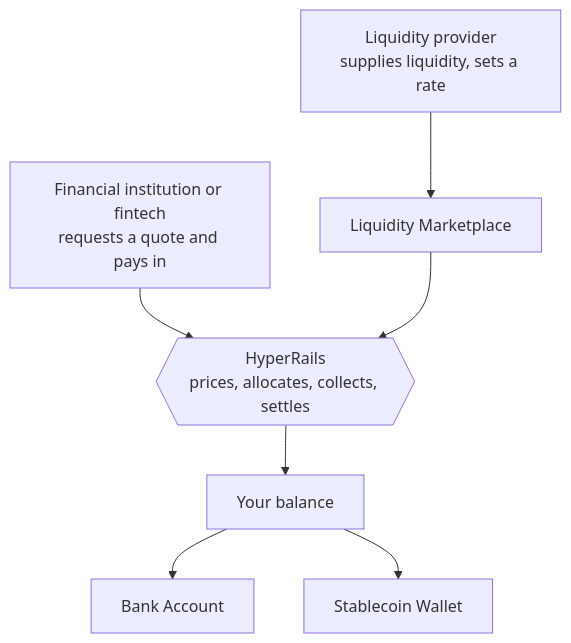
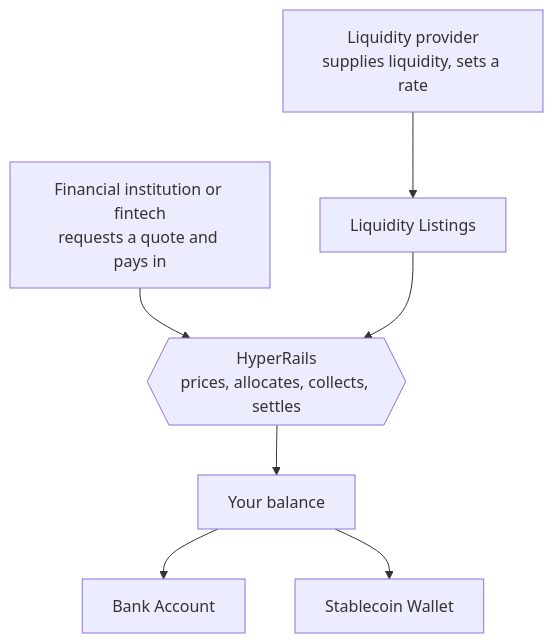
The diagram in get-started/how-it-works.mdx (Hyper-Rail/docs), drawn with Mermaid before and after one commit. The commit also changed other lines of this file and 2 other files, not shown here.

Commit message:
fix: undo conflict-resolution regressions
- Find a Liquidity Provider contained the whole guide twice; keep a
  single copy (main's version)
- Restore Eden Ali in the home page Try it sample
- Restore Liquidity Listings wording on the home page and How it works

````diff
--- a/get-started/how-it-works.mdx
+++ b/get-started/how-it-works.mdx
@@ -25,9 +25,9 @@
 ```mermaid
 flowchart TB
-  EC["Liquidity provider<br/>supplies liquidity, sets a rate"] --> MKT["Liquidity Marketplace"]
+  EC["Liquidity provider<br/>supplies liquidity, sets a rate"] --> MKT["Liquidity Listings"]
   M["Financial institution or fintech<br/>requests a quote and pays in"] --> HR{{"HyperRails<br/>prices, allocates, collects, settles"}}
   MKT --> HR
   HR --> BAL["Your balance"]
   BAL --> BANK["Bank Account"]
   BAL --> WAL["Stablecoin Wallet"]
 ```
````
